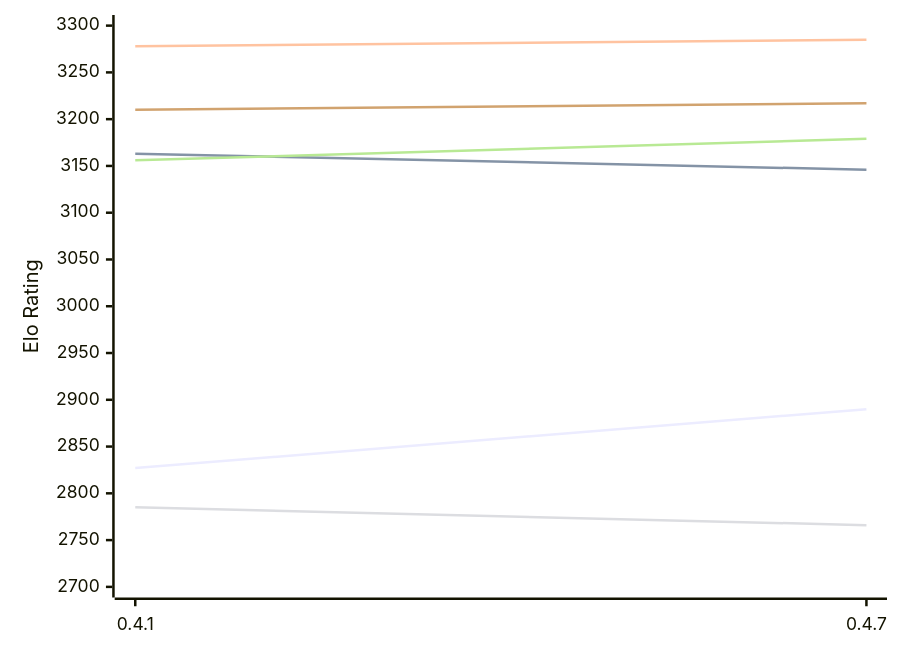
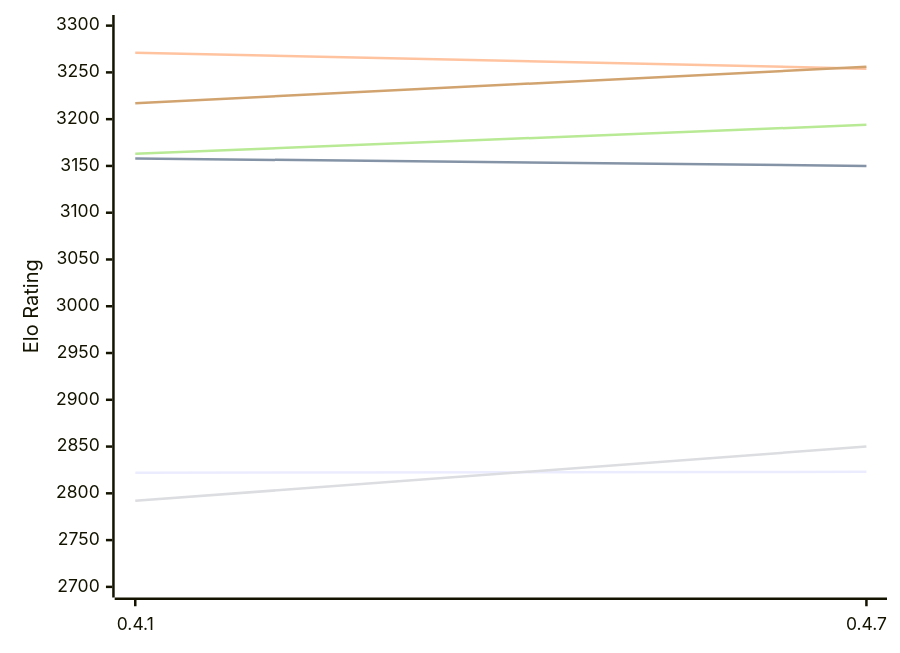
One commit to computer-chess-index/cci changed the diagram in engines/Arabica.md. Above: the diagram before and after it, drawn with Mermaid. The commit also changed other lines of this file, not shown here.

Commit message:
Update CCI Ratings (ELO VLTC) - 2026-11-18

````diff
--- a/engines/Arabica.md
+++ b/engines/Arabica.md
@@ -49,12 +49,12 @@
 ```mermaid
 %%{init: {"theme":"base","themeVariables":{"seriesColors:['#a3a3a3','#222221','#faa371']}}}%%
 xychart-beta
   x-axis ["0.4.1", "0.4.7"]
   y-axis "Elo Rating" 2700 --> 3300
-  line "E1: STC (8.0+0.08s)" [2827, 2890]
-  line "E1: LTC (60.0+0.60s)" [3163, 3146]
-  line "E1: VLTC (2m24s+1.12s)" [3278, 3285]
-  line "P1: STC (8.0+0.08s)" [2785, 2766]
-  line "P1: LTC (60.0+0.60s)" [3156, 3179]
-  line "P1: VLTC (2m24s+1.12s)" [3210, 3217]
+  line "E1: STC (8.0+0.08s)" [2822, 2823]
+  line "E1: LTC (60.0+0.60s)" [3158, 3150]
+  line "E1: VLTC (2m24s+1.12s)" [3271, 3254]
+  line "P1: STC (8.0+0.08s)" [2792, 2850]
+  line "P1: LTC (60.0+0.60s)" [3163, 3194]
+  line "P1: VLTC (2m24s+1.12s)" [3217, 3256]
 ```
````
